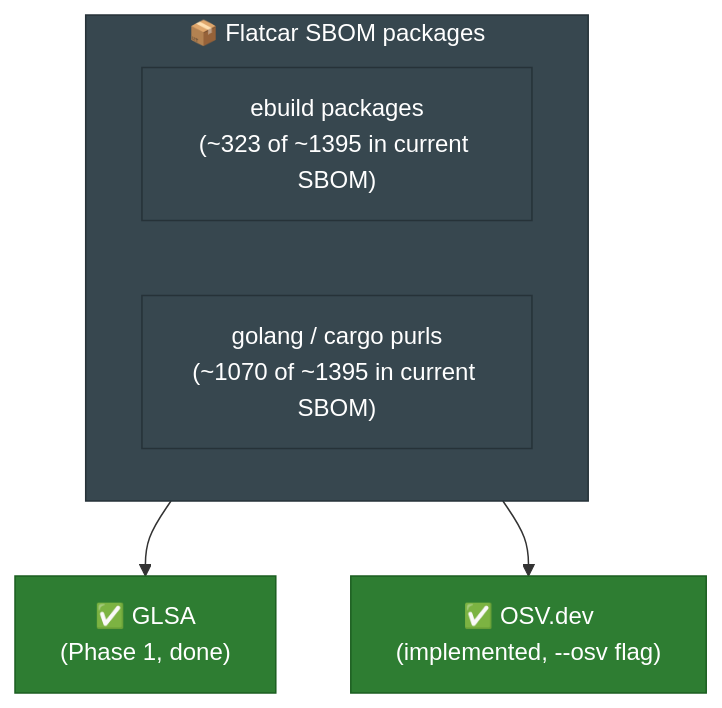
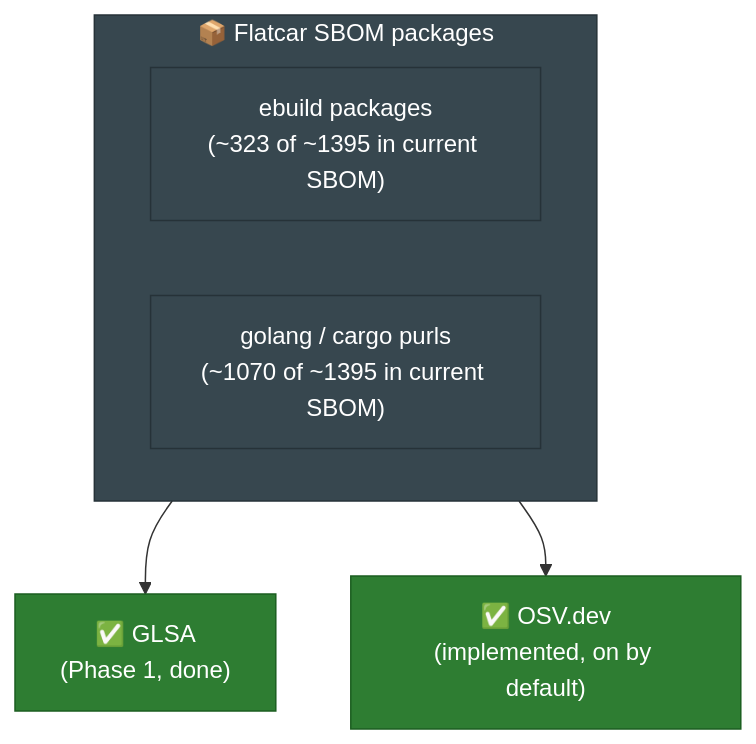
One commit to flatcar/vex-automation changed the first of 4 diagrams in docs/multi-source-proposal.md. Above: the diagram before and after it, drawn with Mermaid. The commit also changed other lines of this file and 23 other files, not shown here.

````diff
--- a/docs/multi-source-proposal.md
+++ b/docs/multi-source-proposal.md
@@ -33,16 +33,16 @@
 ```mermaid
 flowchart TB
     subgraph SBOM["📦 Flatcar SBOM packages"]
         direction LR
         EBUILD["ebuild packages<br/>(~323 of ~1395 in current SBOM)"]
         OTHER["golang / cargo purls<br/>(~1070 of ~1395 in current SBOM)"]
     end
 
     EBUILD --> GLSA["✅ GLSA<br/>(Phase 1, done)"]
-    OTHER --> OSVDONE["✅ OSV.dev<br/>(implemented, --osv flag)"]
+    OTHER --> OSVDONE["✅ OSV.dev<br/>(implemented, on by default)"]
 
     classDef done fill:#2e7d32,color:#fff,stroke:#1b5e20;
     classDef box fill:#37474f,color:#fff,stroke:#263238;
     class GLSA,OSVDONE done;
     class EBUILD,OTHER,SBOM box;
 ```
````
